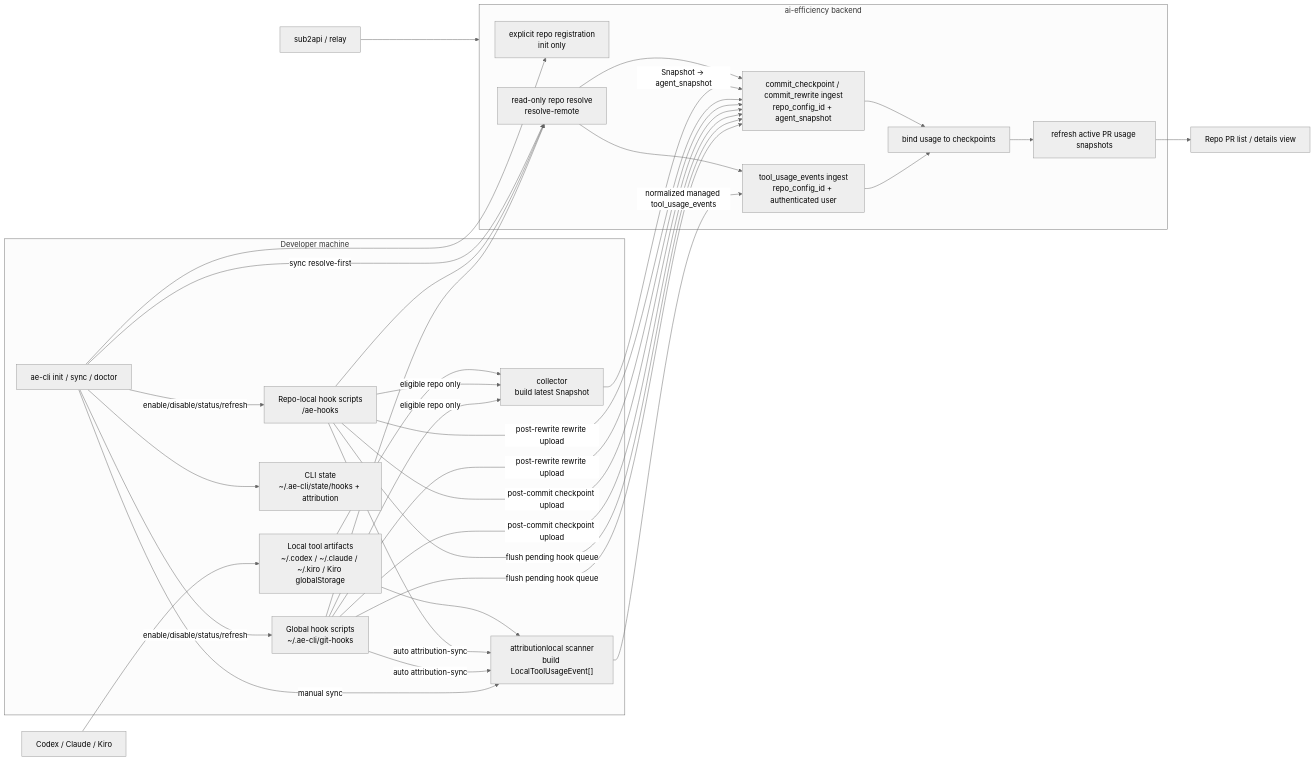
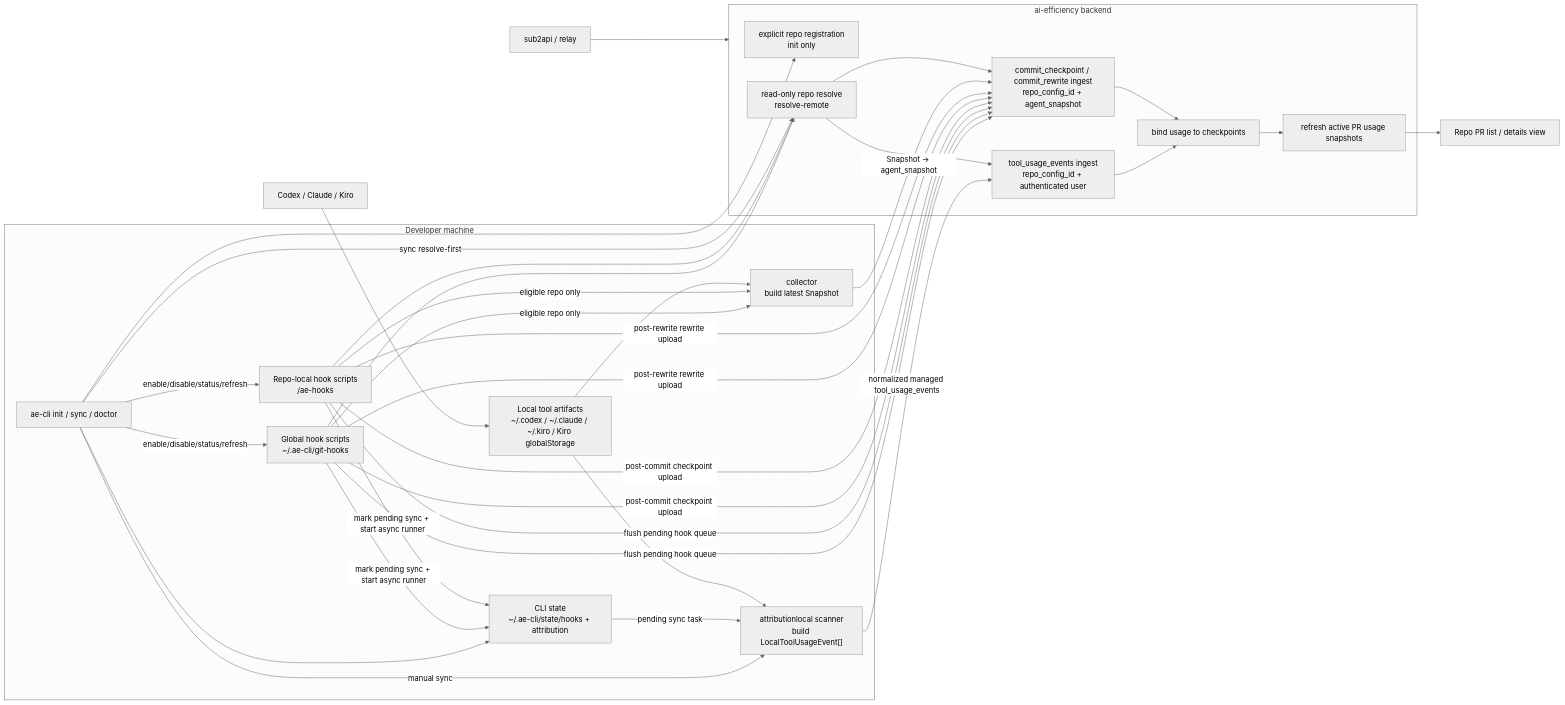
Before and after one commit to LichKing-2234/ai-efficiency: the fourth of 4 diagrams in docs/architecture.md, drawn with Mermaid (neutral theme). The commit also changed other lines of this file and 3 other files, not shown here.

Commit message:
test(ae-cli): isolate async hook tests from local hooks

````diff
--- a/docs/architecture.md
+++ b/docs/architecture.md
@@ -185,57 +185,58 @@
 ```mermaid
 flowchart LR
     Tools["Codex / Claude / Kiro"]
 
     subgraph Local["Developer machine"]
         CLI["ae-cli init / sync / doctor"]
         GlobalHooks["Global hook scripts<br/>~/.ae-cli/git-hooks"]
         RepoHooks["Repo-local hook scripts<br/><git common dir>/ae-hooks"]
         Artifacts["Local tool artifacts<br/>~/.codex / ~/.claude / ~/.kiro / Kiro globalStorage"]
         Collector["collector<br/>build latest Snapshot"]
         Scanner["attributionlocal scanner<br/>build LocalToolUsageEvent[]"]
         State["CLI state<br/>~/.ae-cli/state/hooks + attribution"]
     end
 
     subgraph Backend["ai-efficiency backend"]
         Register["explicit repo registration<br/>init only"]
         Resolve["read-only repo resolve<br/>resolve-remote"]
         Checkpoint["commit_checkpoint / commit_rewrite ingest<br/>repo_config_id + agent_snapshot"]
         Usage["tool_usage_events ingest<br/>repo_config_id + authenticated user"]
         Bind["bind usage to checkpoints"]
         PRUsage["refresh active PR usage snapshots"]
     end
 
     UI["Repo PR list / details view"]
     Relay["sub2api / relay"]
 
     CLI --> Register
     CLI -->|"enable/disable/status/refresh"| GlobalHooks
     CLI -->|"enable/disable/status/refresh"| RepoHooks
     CLI --> State
     CLI -->|"manual sync"| Scanner
     Tools --> Artifacts
     GlobalHooks --> Resolve
     RepoHooks --> Resolve
     CLI -->|"sync resolve-first"| Resolve
     GlobalHooks -->|"eligible repo only"| Collector
     RepoHooks -->|"eligible repo only"| Collector
     GlobalHooks -->|"flush pending hook queue"| Checkpoint
     RepoHooks -->|"flush pending hook queue"| Checkpoint
     GlobalHooks -->|"post-commit checkpoint upload"| Checkpoint
     RepoHooks -->|"post-commit checkpoint upload"| Checkpoint
     GlobalHooks -->|"post-rewrite rewrite upload"| Checkpoint
     RepoHooks -->|"post-rewrite rewrite upload"| Checkpoint
-    GlobalHooks -->|"auto attribution-sync"| Scanner
-    RepoHooks -->|"auto attribution-sync"| Scanner
+    GlobalHooks -->|"mark pending sync + start async runner"| State
+    RepoHooks -->|"mark pending sync + start async runner"| State
+    State -->|"pending sync task"| Scanner
     Artifacts --> Collector
     Artifacts --> Scanner
     Collector -->|"Snapshot -> agent_snapshot"| Checkpoint
     Scanner -->|"normalized managed tool_usage_events"| Usage
     Resolve --> Checkpoint
     Resolve --> Usage
     Usage --> Bind
     Checkpoint --> Bind
     Bind --> PRUsage
     PRUsage --> UI
     Relay --> Backend
 ```
````
